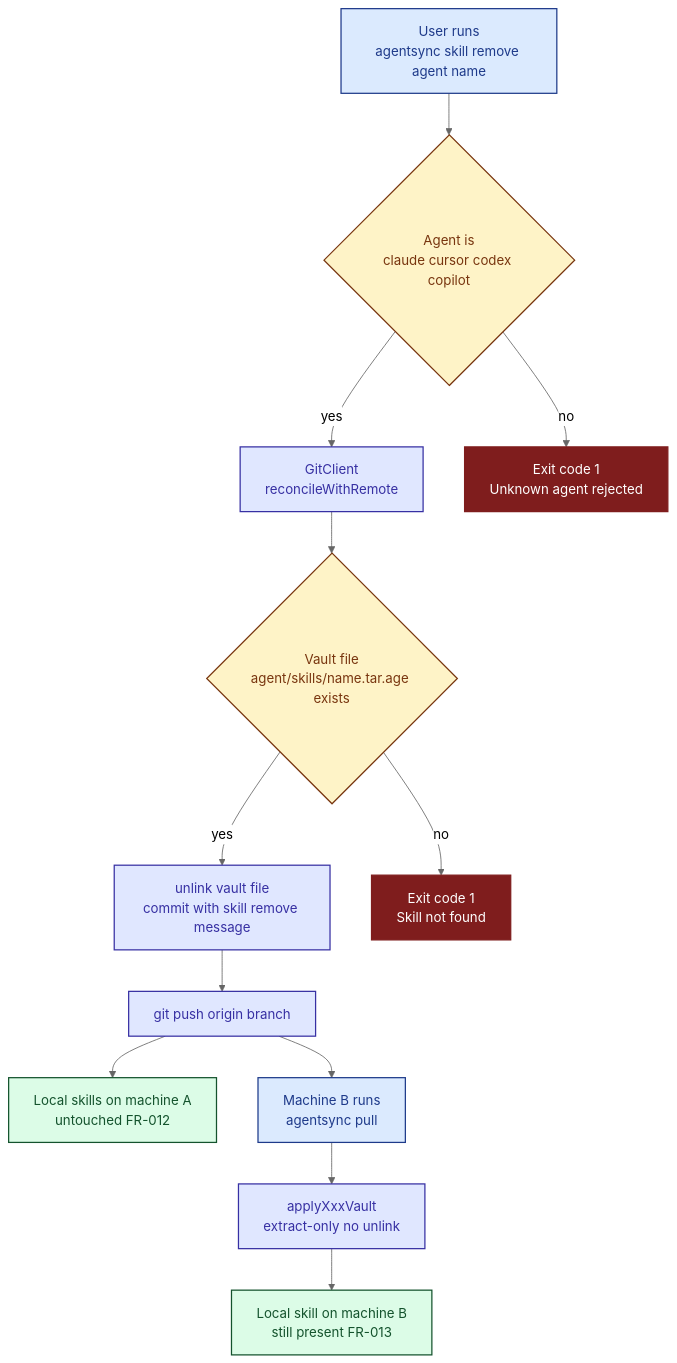
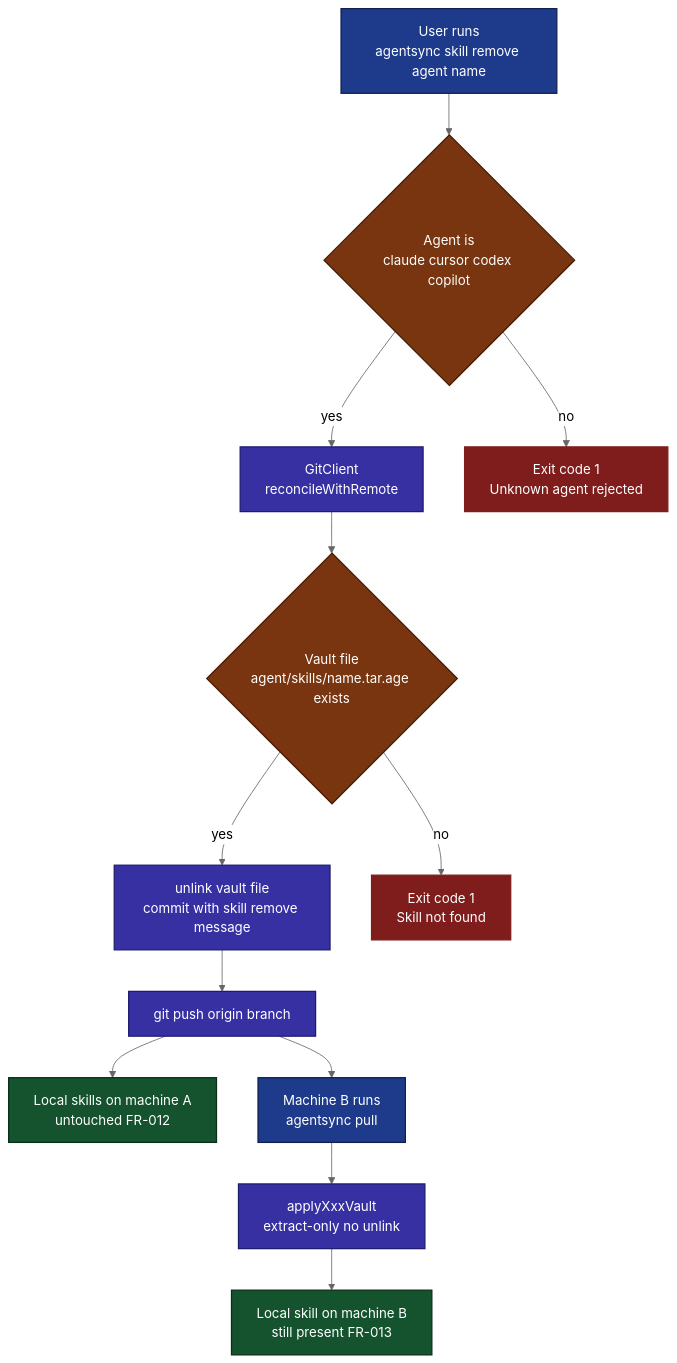
Before and after one commit to chrisleekr/agentsync: the third of 3 diagrams in docs/architecture.md, drawn with Mermaid (neutral theme). The commit also changed other lines of this file and 19 other files, not shown here.

````diff
--- a/docs/architecture.md
+++ b/docs/architecture.md
@@ -128,29 +138,29 @@
 ```mermaid
 flowchart TD
 	UserReq["User runs<br/>agentsync skill remove agent name"]:::action
 	ValidateAgent{"Agent is<br/>claude cursor codex copilot"}:::decision
 	Reconcile["GitClient<br/>reconcileWithRemote"]:::vault
 	StatFile{"Vault file<br/>agent/skills/name.tar.age exists"}:::decision
 	Unlink["unlink vault file<br/>commit with skill remove message"]:::vault
 	Push["git push origin branch"]:::vault
 	LocalA["Local skills on machine A<br/>untouched FR-012"]:::local
 	MachineB["Machine B runs<br/>agentsync pull"]:::action
 	ApplyExtract["applyXxxVault<br/>extract-only no unlink"]:::vault
 	LocalB["Local skill on machine B<br/>still present FR-013"]:::local
 	NotFound["Exit code 1<br/>Skill not found"]:::fail
 	UnknownAgent["Exit code 1<br/>Unknown agent rejected"]:::fail
 
 	UserReq --> ValidateAgent
 	ValidateAgent -- no --> UnknownAgent
 	ValidateAgent -- yes --> Reconcile --> StatFile
 	StatFile -- no --> NotFound
 	StatFile -- yes --> Unlink --> Push
 	Push --> LocalA
 	Push --> MachineB --> ApplyExtract --> LocalB
 
-	classDef action fill:#dbeafe,color:#1e3a8a,stroke:#1e3a8a,stroke-width:1.5px;
-	classDef decision fill:#fef3c7,color:#78350f,stroke:#78350f,stroke-width:1.5px;
-	classDef vault fill:#e0e7ff,color:#3730a3,stroke:#3730a3,stroke-width:1.5px;
-	classDef local fill:#dcfce7,color:#14532d,stroke:#14532d,stroke-width:1.5px;
+	classDef action fill:#1e3a8a,color:#ffffff,stroke:#0f1f4d,stroke-width:1.5px;
+	classDef decision fill:#78350f,color:#ffffff,stroke:#451a03,stroke-width:1.5px;
+	classDef vault fill:#3730a3,color:#ffffff,stroke:#1e1b6e,stroke-width:1.5px;
+	classDef local fill:#14532d,color:#ffffff,stroke:#0a2d18,stroke-width:1.5px;
 	classDef fail fill:#7f1d1d,color:#ffffff,stroke:#7f1d1d,stroke-width:1.5px;
 ```
````
